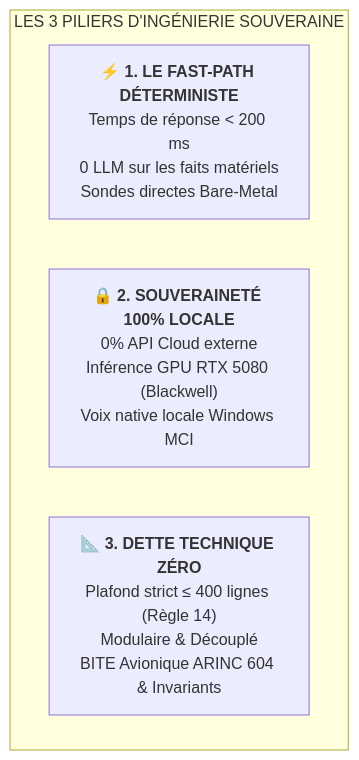
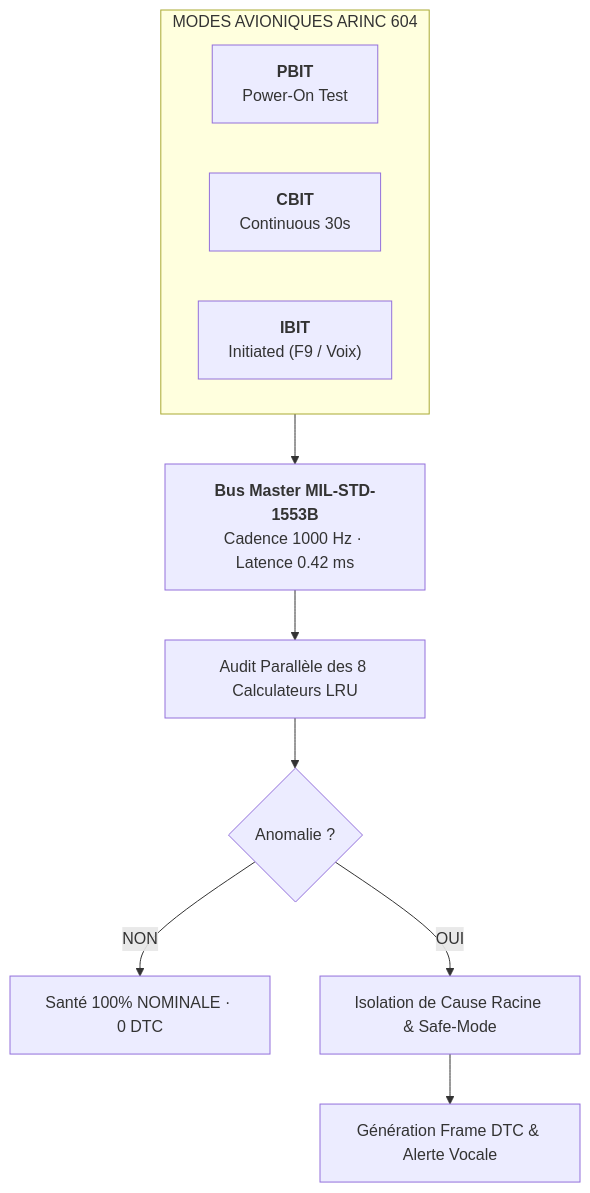
The third of 3 diagrams in README.md (0xCyberLiTech/JARVIS), drawn with Mermaid before and after one commit. The commit also changed other lines of this file and 6 other files, not shown here.

````diff
--- a/README.md
+++ b/README.md
@@ -122,8 +322,16 @@
 ```mermaid
 flowchart TD
-    subgraph PILIERS["LES 3 PILIERS D'INGÉNIERIE SOUVERAINE"]
-        P1["⚡ <b>1. LE FAST-PATH DÉTERMINISTE</b><br/>Temps de réponse < 200 ms<br/>0 LLM sur les faits matériels<br/>Sondes directes Bare-Metal"]
-        P2["🔒 <b>2. SOUVERAINETÉ 100% LOCALE</b><br/>0% API Cloud externe<br/>Inférence GPU RTX 5080 (Blackwell)<br/>Voix native locale Windows MCI"]
-        P3["📐 <b>3. DETTE TECHNIQUE ZÉRO</b><br/>Plafond strict ≤ 400 lignes (Règle 14)<br/>Modulaire & Découplé<br/>BITE Avionique ARINC 604 & Invariants"]
+    subgraph MODES["MODES AVIONIQUES ARINC 604"]
+        PBIT["<b>PBIT</b><br/>Power-On Test"]
+        CBIT["<b>CBIT</b><br/>Continuous 30s"]
+        IBIT["<b>IBIT</b><br/>Initiated (F9 / Voix)"]
     end
+
+    MODES --> BUS["<b>Bus Master MIL-STD-1553B</b><br/>Cadence 1000 Hz · Latence 0.42 ms"]
+    BUS --> AUDIT["Audit Parallèle des 8 Calculateurs LRU"]
+    
+    AUDIT --> VERDICT{"Anomalie ?"}
+    VERDICT -- NON --> NOMINAL["Santé 100% NOMINALE · 0 DTC"]
+    VERDICT -- OUI --> ISOLATE["Isolation de Cause Racine & Safe-Mode"]
+    ISOLATE --> DTC["Génération Frame DTC & Alerte Vocale"]
 ```
````
